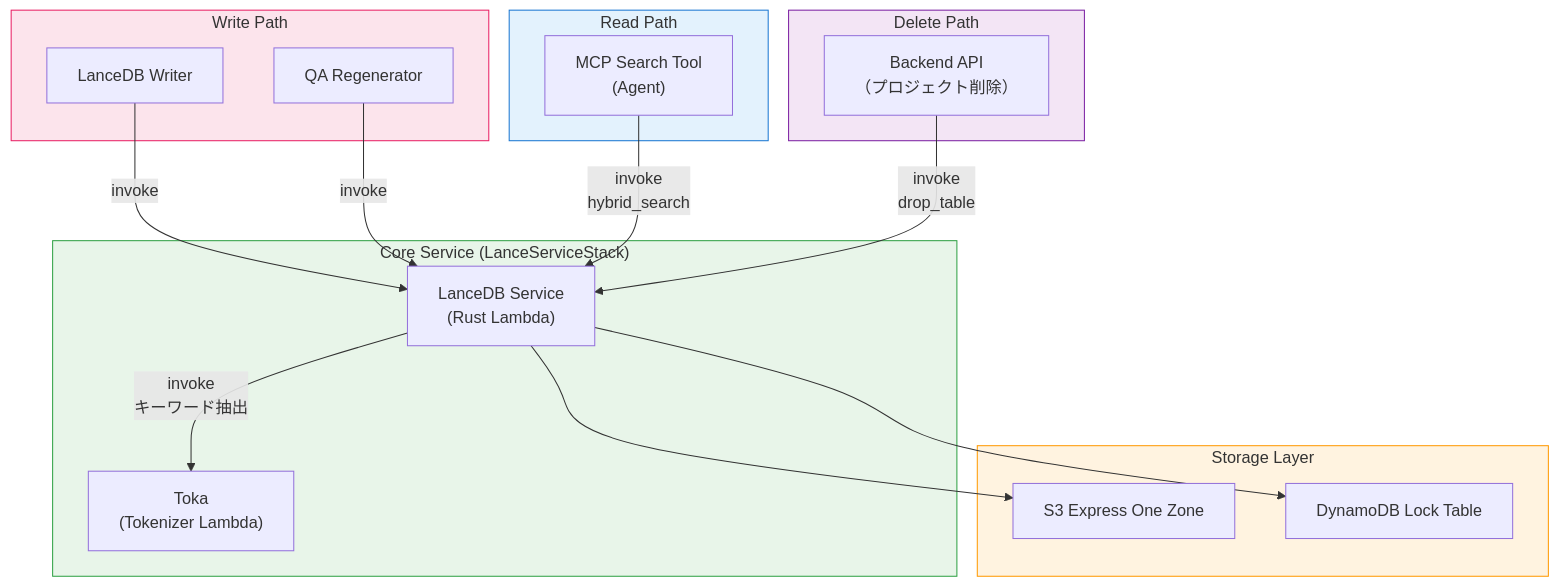
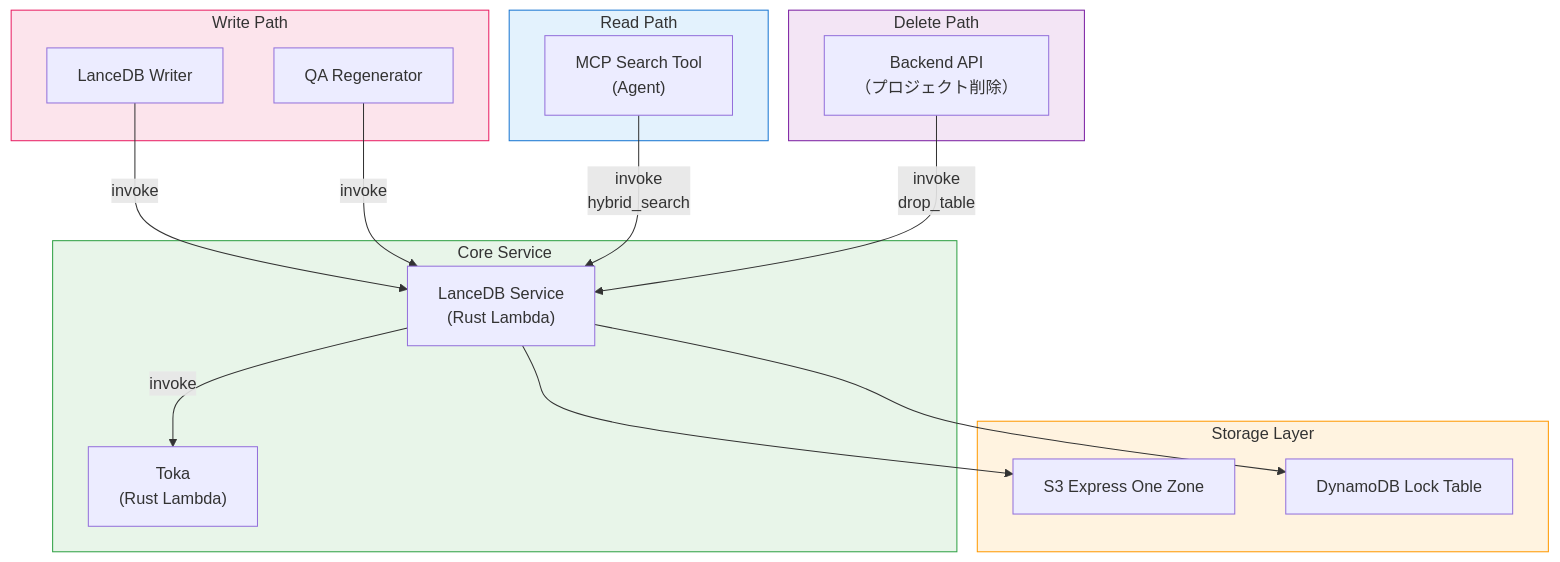
One commit to rajaelime/sample-aws-idp-pipeline changed the diagram in docs/src/content/docs/ja/vectordb.md. Above: the diagram before and after it, drawn with Mermaid. The commit also changed other lines of this file and 19 other files, not shown here.

First line of the commit message:
docs: update OCR docs to reflect Rust PaddleOCR Lambda architecture (#244)

````diff
--- a/docs/src/content/docs/ja/vectordb.md
+++ b/docs/src/content/docs/ja/vectordb.md
@@ -328,39 +277,39 @@
 ```mermaid
 graph TB
     subgraph Write["Write Path"]
         Writer["LanceDB Writer"]
         QA["QA Regenerator"]
     end
 
     subgraph Read["Read Path"]
         MCP["MCP Search Tool<br/>(Agent)"]
     end
 
     subgraph Delete["Delete Path"]
         Backend["Backend API<br/>（プロジェクト削除）"]
     end
 
-    subgraph Core["Core Service (LanceServiceStack)"]
+    subgraph Core["Core Service"]
         Service["LanceDB Service<br/>(Rust Lambda)"]
-        Toka["Toka<br/>(Tokenizer Lambda)"]
+        Toka["Toka<br/>(Rust Lambda)"]
     end
 
     subgraph Storage["Storage Layer"]
         S3["S3 Express One Zone"]
         DDB["DynamoDB Lock Table"]
     end
 
     Writer -->|invoke| Service
     QA -->|invoke| Service
     MCP -->|invoke<br/>hybrid_search| Service
     Backend -->|invoke<br/>drop_table| Service
 
-    Service -->|invoke<br/>キーワード抽出| Toka
     Service --> S3 & DDB
+    Service -->|invoke| Toka
 
     style Storage fill:#fff3e0,stroke:#ff9900
     style Core fill:#e8f5e9,stroke:#2ea043
     style Write fill:#fce4ec,stroke:#e91e63
     style Read fill:#e3f2fd,stroke:#1976d2
     style Delete fill:#f3e5f5,stroke:#7b1fa2
 ```
````
